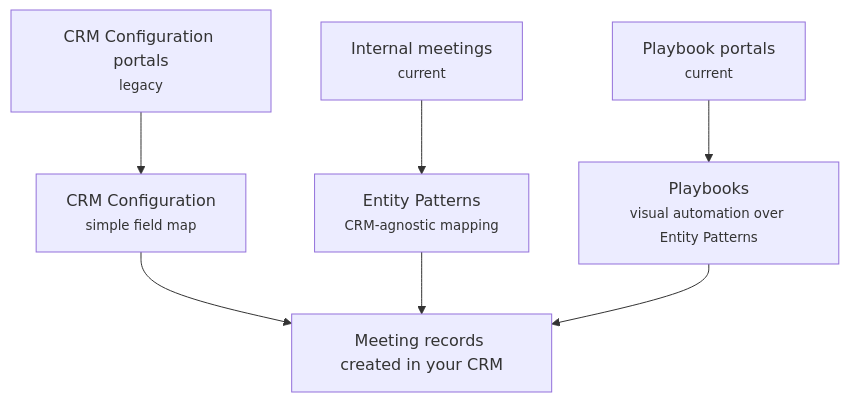
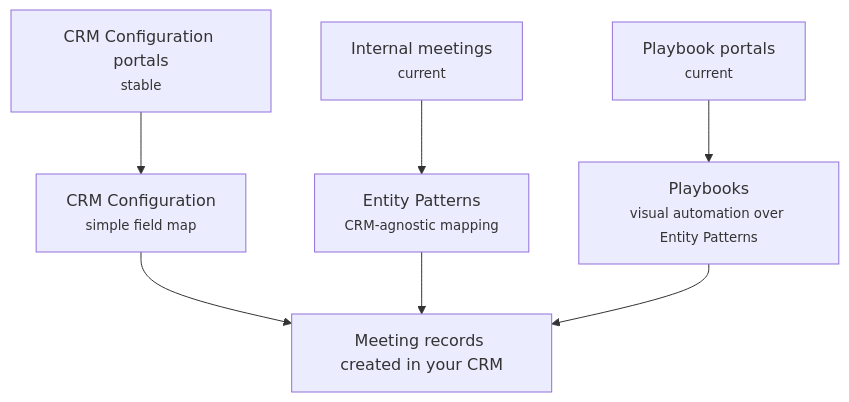
One commit to andmoneyaps/docs changed the diagram in _bookme/meeting-creation/platform-booking.md. Above: the diagram before and after it, drawn with Mermaid. The commit also changed other lines of this file and 10 other files, not shown here.

````diff
--- a/_bookme/meeting-creation/platform-booking.md
+++ b/_bookme/meeting-creation/platform-booking.md
@@ -70,9 +74,9 @@
 ```mermaid
 graph TD
     EMB["Internal meetings<br/><small>current</small>"] --> C2["Entity Patterns<br/><small>CRM-agnostic mapping</small>"]
     NP["Playbook portals<br/><small>current</small>"] --> C3["Playbooks<br/><small>visual automation over Entity Patterns</small>"]
-    OP["CRM Configuration portals<br/><small>legacy</small>"] --> C1["CRM Configuration<br/><small>simple field map</small>"]
+    OP["CRM Configuration portals<br/><small>stable</small>"] --> C1["CRM Configuration<br/><small>simple field map</small>"]
     C1 --> REC["Meeting records created in your CRM"]
     C2 --> REC
     C3 --> REC
 ```
````
